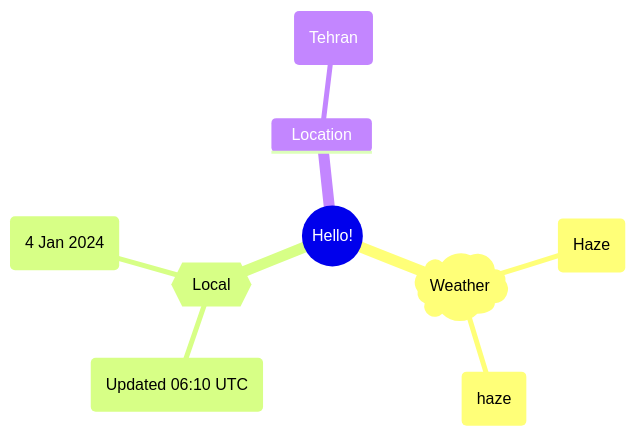
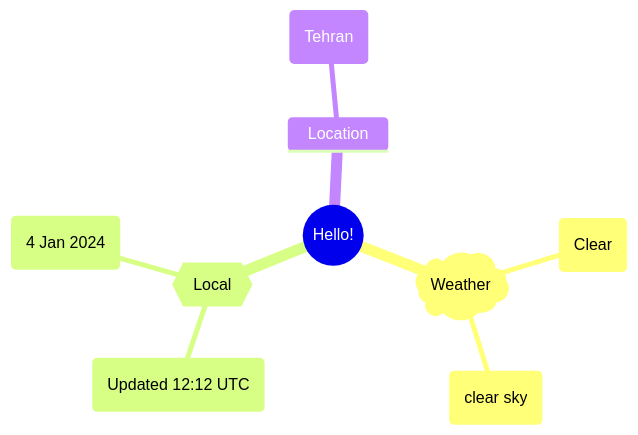
The first of 2 diagrams in README.md (Xosrov/Xosrov), drawn with Mermaid before and after one commit.

Commit message:
[bot] updated images

````diff
--- a/README.md
+++ b/README.md
@@ -3,12 +3,12 @@
 ```mermaid
 mindmap
   root((Hello!))
     )Weather(
-        (Haze)
-        (haze)
+        (Clear)
+        (clear sky)
     {{Local}}
-        (Updated 06:10 UTC)
+        (Updated 12:12 UTC)
         (4 Jan 2024)
     Location
         (Tehran)
 ```
````
